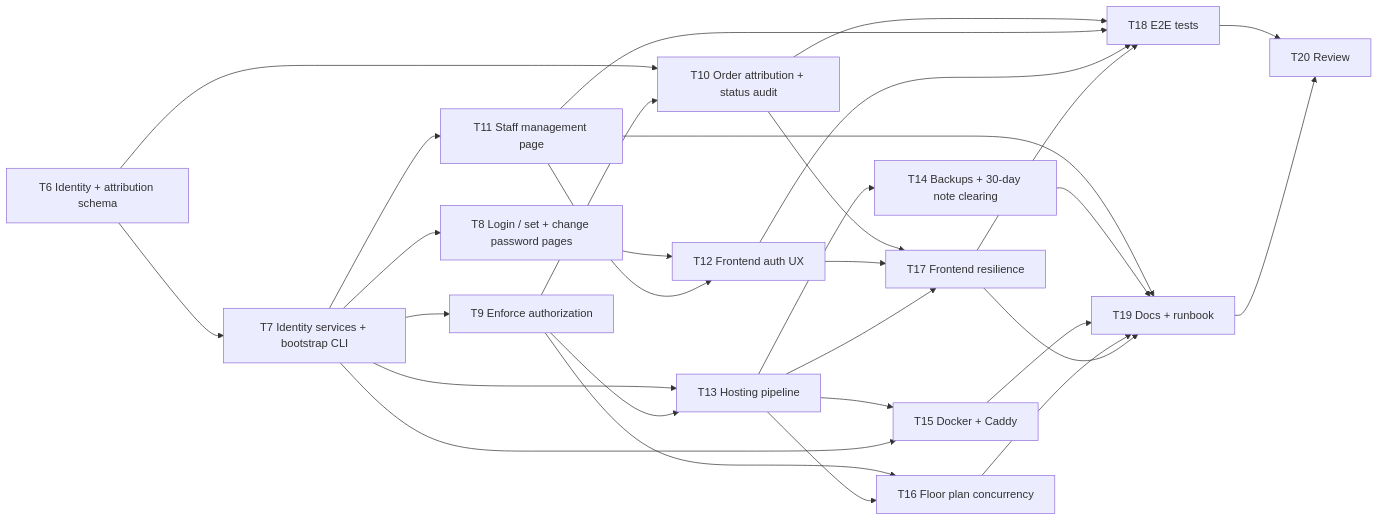
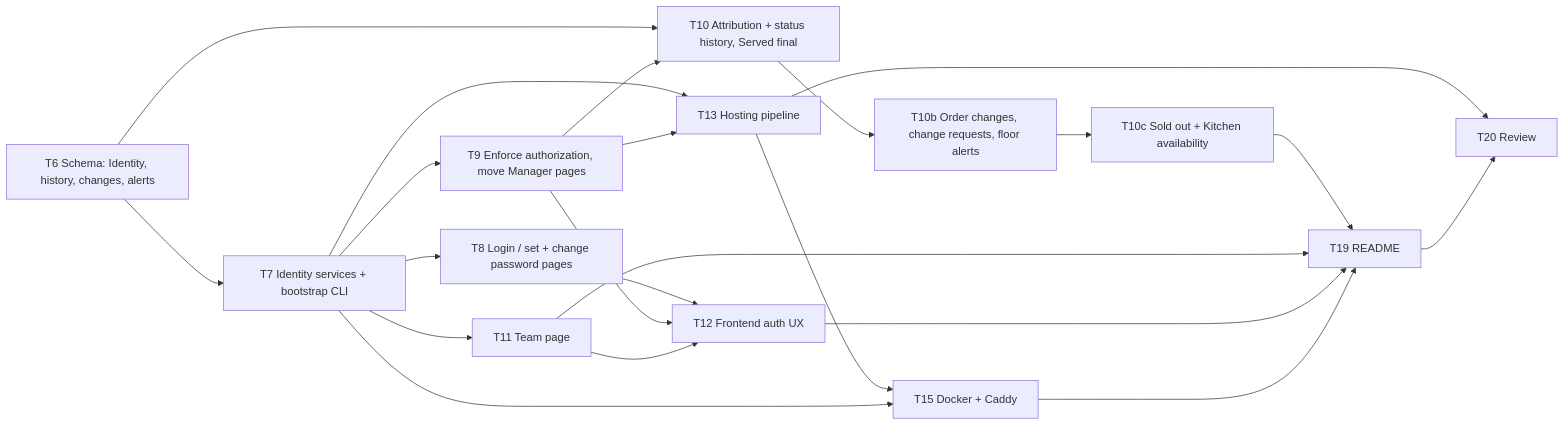
The diagram in plans/production-readiness.md (Nogzi/TableIt), drawn with Mermaid before and after one commit. The commit also changed other lines of this file and 2 other files, not shown here.

First line of the commit message:
Plan v4: order changes, sold out, floor alerts; add glossary and ADR

````diff
--- a/plans/production-readiness.md
+++ b/plans/production-readiness.md
@@ -438,32 +600,24 @@
 ```mermaid
 flowchart LR
-  T6["T6 Identity + attribution schema"] --> T7["T7 Identity services + bootstrap CLI"]
+  T6["T6 Schema: Identity, history, changes, alerts"] --> T7["T7 Identity services + bootstrap CLI"]
   T7 --> T8["T8 Login / set + change password pages"]
-  T7 --> T9["T9 Enforce authorization"]
-  T7 --> T11["T11 Staff management page"]
-  T6 --> T10["T10 Order attribution + status audit"]
+  T7 --> T9["T9 Enforce authorization, move Manager pages"]
+  T7 --> T11["T11 Team page"]
+  T6 --> T10["T10 Attribution + status history, Served final"]
   T9 --> T10
+  T10 --> T10b["T10b Order changes, change requests, floor alerts"]
+  T10b --> T10c["T10c Sold out + Kitchen availability"]
+  T8 --> T12["T12 Frontend auth UX"]
+  T9 --> T12
+  T11 --> T12
   T7 --> T13["T13 Hosting pipeline"]
   T9 --> T13
-  T8 --> T12["T12 Frontend auth UX"]
-  T11 --> T12
-  T13 --> T14["T14 Backups + 30-day note clearing"]
   T13 --> T15["T15 Docker + Caddy"]
   T7 --> T15
-  T9 --> T16["T16 Floor plan concurrency"]
-  T13 --> T16
-  T10 --> T17["T17 Frontend resilience"]
-  T12 --> T17
-  T13 --> T17
-  T10 --> T18["T18 E2E tests"]
-  T11 --> T18
-  T12 --> T18
-  T17 --> T18
-  T11 --> T19["T19 Docs + runbook"]
-  T14 --> T19
+  T10c --> T19["T19 README"]
+  T11 --> T19
+  T12 --> T19
   T15 --> T19
-  T16 --> T19
-  T17 --> T19
-  T18 --> T20["T20 Review"]
+  T13 --> T20["T20 Review"]
   T19 --> T20
 ```
````
